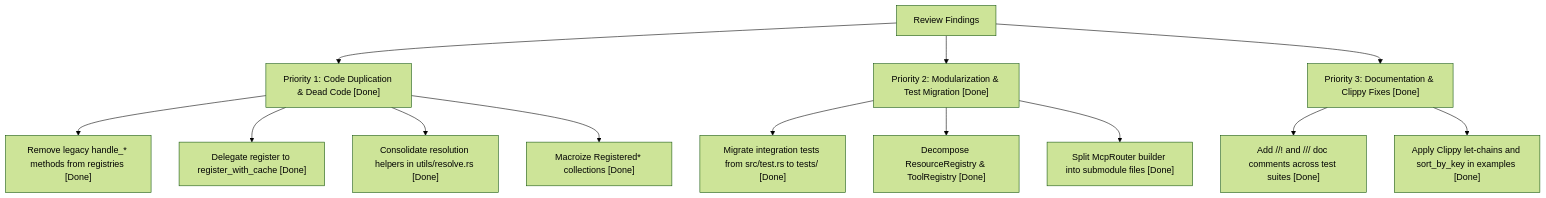
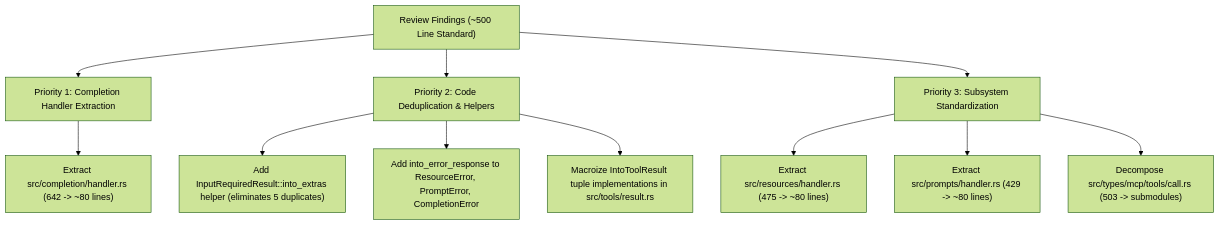
The diagram in docs/MODULARIZATION_AND_CODE_QUALITY_REVIEW.md (andreban/mcp-routing), drawn with Mermaid (forest theme) before and after one commit. The commit also changed other lines of this file and 3 other files, not shown here.

Commit message:
docs: archive modularization review and update code quality review with 500-line limit

````diff
--- a/docs/MODULARIZATION_AND_CODE_QUALITY_REVIEW.md
+++ b/docs/MODULARIZATION_AND_CODE_QUALITY_REVIEW.md
@@ -120,18 +86,16 @@
 ```mermaid
 graph TD
-    A["Review Findings"] --> B["Priority 1: Code Duplication & Dead Code [Done]"]
-    A --> C["Priority 2: Modularization & Test Migration [Done]"]
-    A --> D["Priority 3: Documentation & Clippy Fixes [Done]"]
+    A["Review Findings (~500 Line Standard)"] --> B["Priority 1: Completion Handler Extraction"]
+    A --> C["Priority 2: Code Deduplication & Helpers"]
+    A --> D["Priority 3: Subsystem Standardization"]
     
-    B --> B1["Remove legacy handle_* methods from registries [Done]"]
-    B --> B2["Delegate register to register_with_cache [Done]"]
-    B --> B3["Consolidate resolution helpers in utils/resolve.rs [Done]"]
-    B --> B4["Macroize Registered* collections [Done]"]
+    B --> B1["Extract src/completion/handler.rs (642 -> ~80 lines)"]
     
-    C --> C1["Migrate integration tests from src/test.rs to tests/ [Done]"]
-    C --> C2["Decompose ResourceRegistry & ToolRegistry [Done]"]
-    C --> C3["Split McpRouter builder into submodule files [Done]"]
+    C --> C1["Add InputRequiredResult::into_extras helper (eliminates 5 duplicates)"]
+    C --> C2["Add into_error_response to ResourceError, PromptError, CompletionError"]
+    C --> C3["Macroize IntoToolResult tuple implementations in src/tools/result.rs"]
     
-    D --> D1["Add //! and /// doc comments across test suites [Done]"]
-    D --> D2["Apply Clippy let-chains and sort_by_key in examples [Done]"]
+    D --> D1["Extract src/resources/handler.rs (475 -> ~80 lines)"]
+    D --> D2["Extract src/prompts/handler.rs (429 -> ~80 lines)"]
+    D --> D3["Decompose src/types/mcp/tools/call.rs (503 -> submodules)"]
 ```
````
